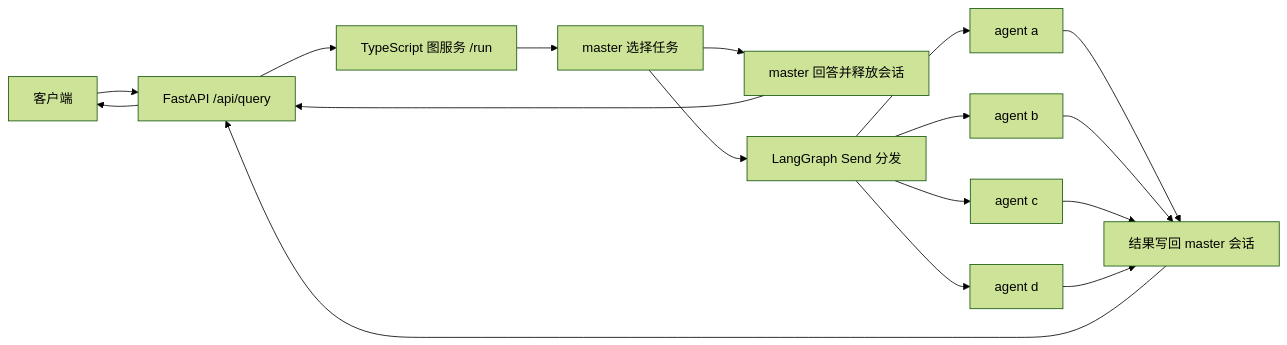
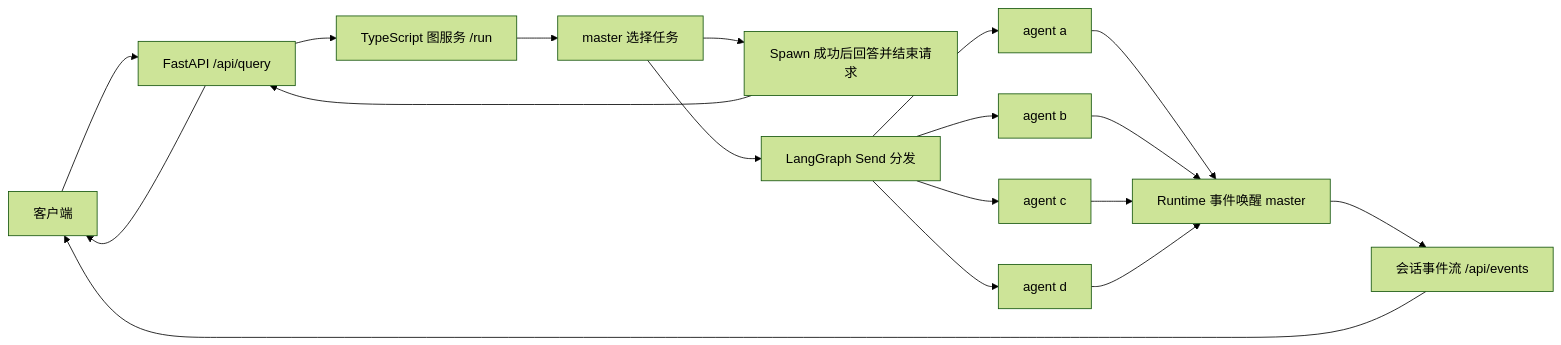
Before and after one commit to zhexusun10/Multi-Agent-Assistance-System: the diagram in README.md, drawn with Mermaid (forest theme). The commit also changed other lines of this file and 6 other files, not shown here.

Commit message:
架构细节clarification：Master 应当始终能够接收用户消息和 Runtime 事件，但在没有工作时，不应该持续占用资源。Spawn 之后，把后续工作交给runtime异步事件唤醒。

````diff
--- a/README.md
+++ b/README.md
@@ -9,19 +9,20 @@
 ```mermaid
 flowchart LR
     U[客户端] --> F[FastAPI /api/query]
     F --> S[TypeScript 图服务 /run]
     S --> M[master 选择任务]
-    M --> R[master 回答并释放会话]
+    M --> R[Spawn 成功后回答并结束请求]
     M --> T[LangGraph Send 分发]
     T --> A[agent a]
     T --> B[agent b]
     T --> C[agent c]
     T --> D[agent d]
-    A --> J[结果写回 master 会话]
+    A --> J[Runtime 事件唤醒 master]
     B --> J
     C --> J
     D --> J
     R --> F
-    J --> F
+    J --> E[会话事件流 /api/events]
+    E --> U
     F --> U
 ```
````
